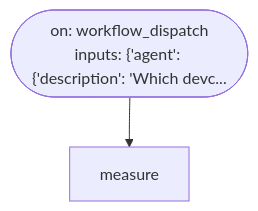
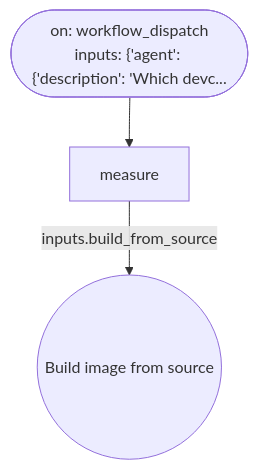
One commit to tvna/claude-md changed the diagram in docs/generated/workflows/measure-devcontainer-startup-if-branches.md. Above: the diagram before and after it, drawn with Mermaid.

Commit message:
docs(measure): regenerate workflow graph for build-from-source step
Auto-generated visualization of measure-devcontainer-startup.yml, refreshed to
include the build_from_source-gated "Build image from source" step.

Refs #1491.

https://claude.ai/code/session_01LHsybiHmuEKciYVfL8M4PC

````diff
--- a/docs/generated/workflows/measure-devcontainer-startup-if-branches.md
+++ b/docs/generated/workflows/measure-devcontainer-startup-if-branches.md
@@ -5,9 +5,11 @@
 ```mermaid
 flowchart TD
 
     T_workflow_dispatch(["on: workflow_dispatch\ninputs: {'agent': {'description': 'Which devc..."])
 
     J_measure["measure"]
+    S_J_measure_0(("Build image from source"))
 
     T_workflow_dispatch --> J_measure
+    J_measure -->|"inputs.build_from_source"| S_J_measure_0
 ```
````
